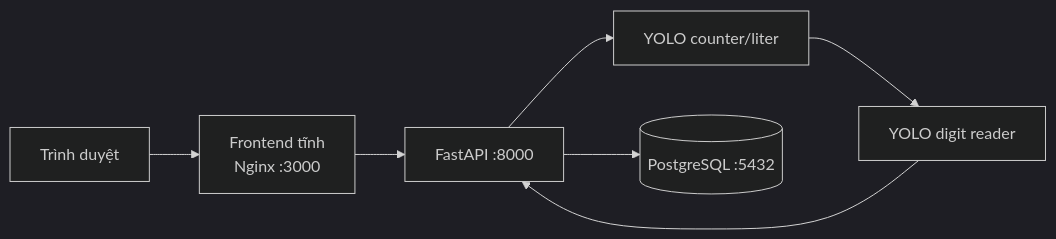
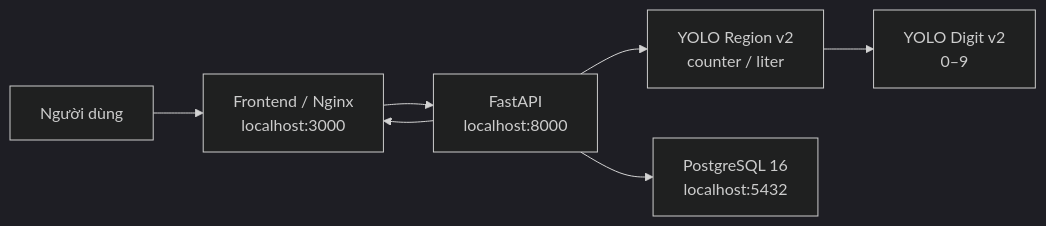
One commit to DaoBao1405/water-meter-reading-system changed the diagram in README.md. Above: the diagram before and after it, drawn with Mermaid (dark theme). The commit also changed other lines of this file and 4 other files, not shown here.

````diff
--- a/README.md
+++ b/README.md
@@ -21,9 +25,9 @@
 ```mermaid
 flowchart LR
-    U["Trình duyệt"] --> F["Frontend tĩnh<br/>Nginx :3000"]
-    F --> A["FastAPI :8000"]
-    A --> R["YOLO counter/liter"]
-    R --> D["YOLO digit reader"]
-    D --> A
-    A --> P[("PostgreSQL :5432")]
+    U["Người dùng"] --> F["Frontend / Nginx<br/>localhost:3000"]
+    F --> A["FastAPI<br/>localhost:8000"]
+    A --> R["YOLO Region v2<br/>counter / liter"]
+    R --> D["YOLO Digit v2<br/>0–9"]
+    A --> P["PostgreSQL 16<br/>localhost:5432"]
+    A --> F
 ```
````
